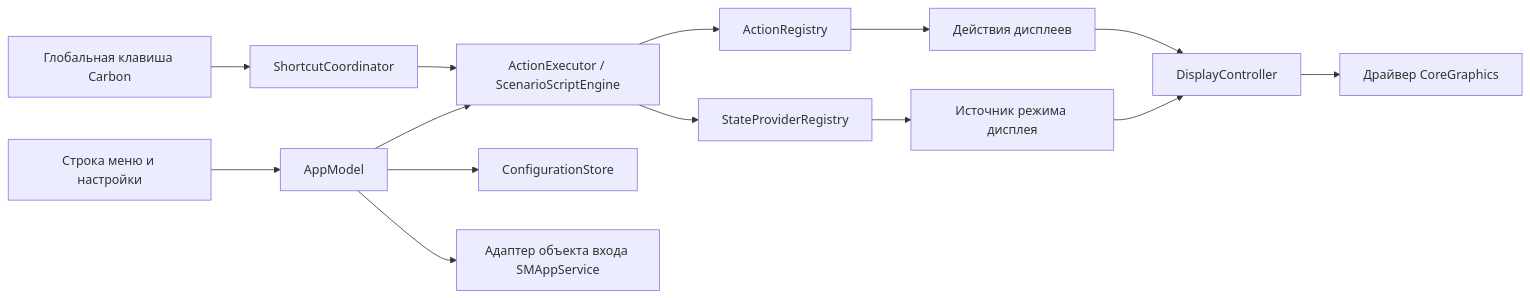
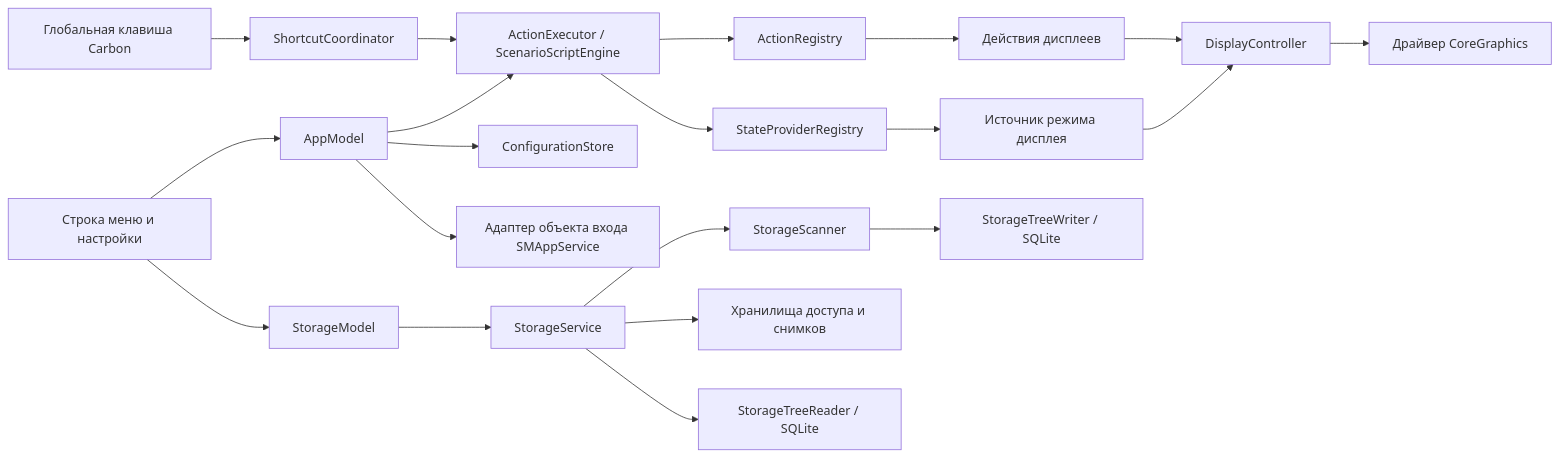
One commit to witqq/mac-utils changed the diagram in docs/ARCHITECTURE.ru.md. Above: the diagram before and after it, drawn with Mermaid. The commit also changed other lines of this file and 109 other files, not shown here.

````diff
--- a/docs/ARCHITECTURE.ru.md
+++ b/docs/ARCHITECTURE.ru.md
@@ -7,16 +7,22 @@
 ```mermaid
 flowchart LR
     UI[Строка меню и настройки] --> Model[AppModel]
     Hotkey[Глобальная клавиша Carbon] --> Coordinator[ShortcutCoordinator]
     Model --> Executor[ActionExecutor / ScenarioScriptEngine]
     Coordinator --> Executor
     Executor --> Actions[ActionRegistry]
     Executor --> Providers[StateProviderRegistry]
     Actions --> Display[Действия дисплеев]
     Providers --> DisplayState[Источник режима дисплея]
     Display --> Controller[DisplayController]
     DisplayState --> Controller
     Controller --> CoreGraphics[Драйвер CoreGraphics]
     Model --> Store[ConfigurationStore]
     Model --> Login[Адаптер объекта входа SMAppService]
+    UI --> StorageModel[StorageModel]
+    StorageModel --> StorageService[StorageService]
+    StorageService --> Scanner[StorageScanner]
+    StorageService --> StorageStore[Хранилища доступа и снимков]
+    Scanner --> TreeWriter[StorageTreeWriter / SQLite]
+    StorageService --> TreeReader[StorageTreeReader / SQLite]
 ```
````
